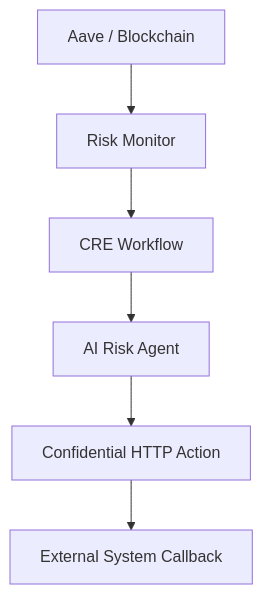
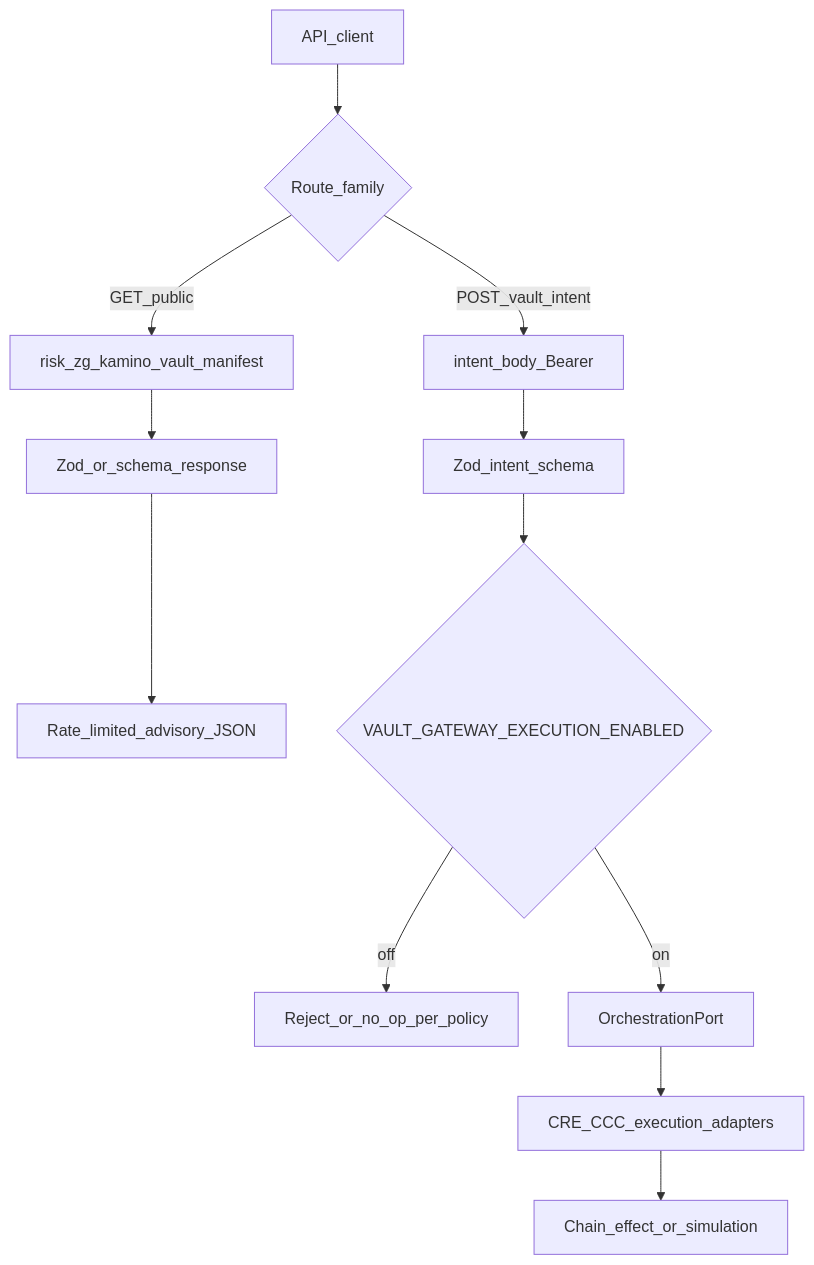
One commit to FrankezeCode/Aquarius changed the third of 8 diagrams in README.md. Above: the diagram before and after it, drawn with Mermaid. The commit also changed other lines of this file and 1 other file, not shown here.

````diff
--- a/README.md
+++ b/README.md
@@ -154,11 +283,14 @@
 ```mermaid
 flowchart TD
-  A[Aave / Blockchain]
-  B[Risk Monitor]
-  C[CRE Workflow]
-  D[AI Risk Agent]
-  E[Confidential HTTP Action]
-  F[External System Callback]
-
-  A --> B --> C --> D --> E --> F
+  C[API_client] --> R{Route_family}
+  R -->|GET_public| G[risk_zg_kamino_vault_manifest]
+  G --> Z[Zod_or_schema_response]
+  Z --> A1[Rate_limited_advisory_JSON]
+  R -->|POST_vault_intent| P[intent_body_Bearer]
+  P --> V[Zod_intent_schema]
+  V --> F{VAULT_GATEWAY_EXECUTION_ENABLED}
+  F -->|off| E1[Reject_or_no_op_per_policy]
+  F -->|on| OP[OrchestrationPort]
+  OP --> W[CRE_CCC_execution_adapters]
+  W --> A2[Chain_effect_or_simulation]
 ```
````
